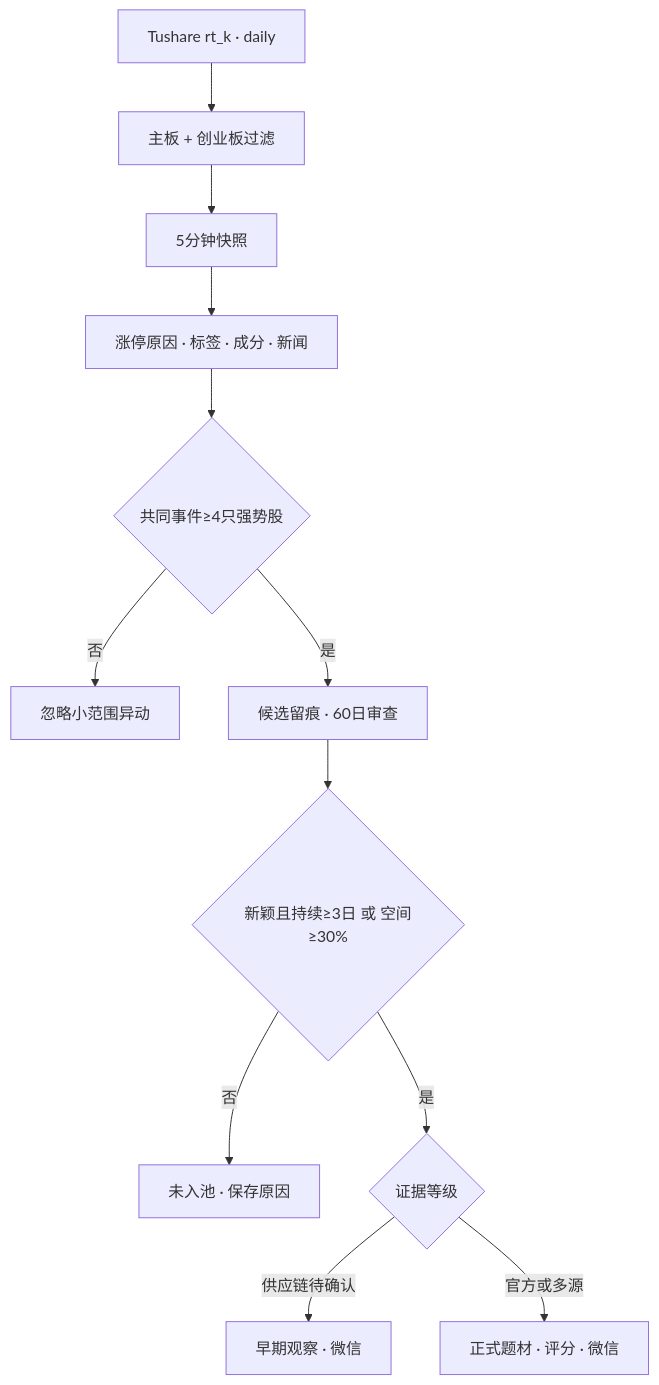
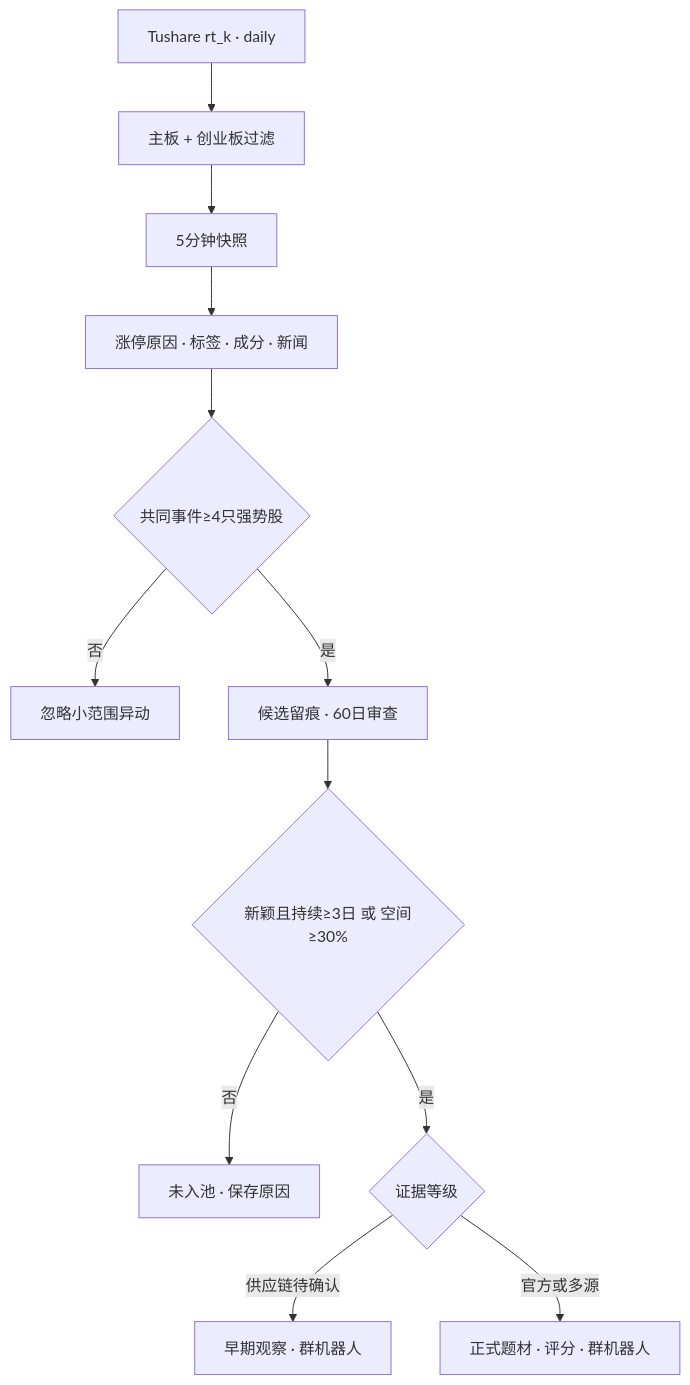
Before and after one commit to Chris958/stocktopic: the diagram in README.md, drawn with Mermaid. The commit also changed other lines of this file and 19 other files, not shown here.

````diff
--- a/README.md
+++ b/README.md
@@ -32,14 +32,14 @@
 ```mermaid
 flowchart TD
     A["Tushare rt_k · daily"] --> B["主板 + 创业板过滤"]
     B --> C["5分钟快照"]
     C --> D["涨停原因 · 标签 · 成分 · 新闻"]
     D --> E{"共同事件≥4只强势股"}
     E -->|否| F["忽略小范围异动"]
     E -->|是| G["候选留痕 · 60日审查"]
     G --> H{"新颖且持续≥3日 或 空间≥30%"}
     H -->|否| I["未入池 · 保存原因"]
     H -->|是| J{"证据等级"}
-    J -->|供应链待确认| K["早期观察 · 微信"]
-    J -->|官方或多源| L["正式题材 · 评分 · 微信"]
+    J -->|供应链待确认| K["早期观察 · 群机器人"]
+    J -->|官方或多源| L["正式题材 · 评分 · 群机器人"]
 ```
````
